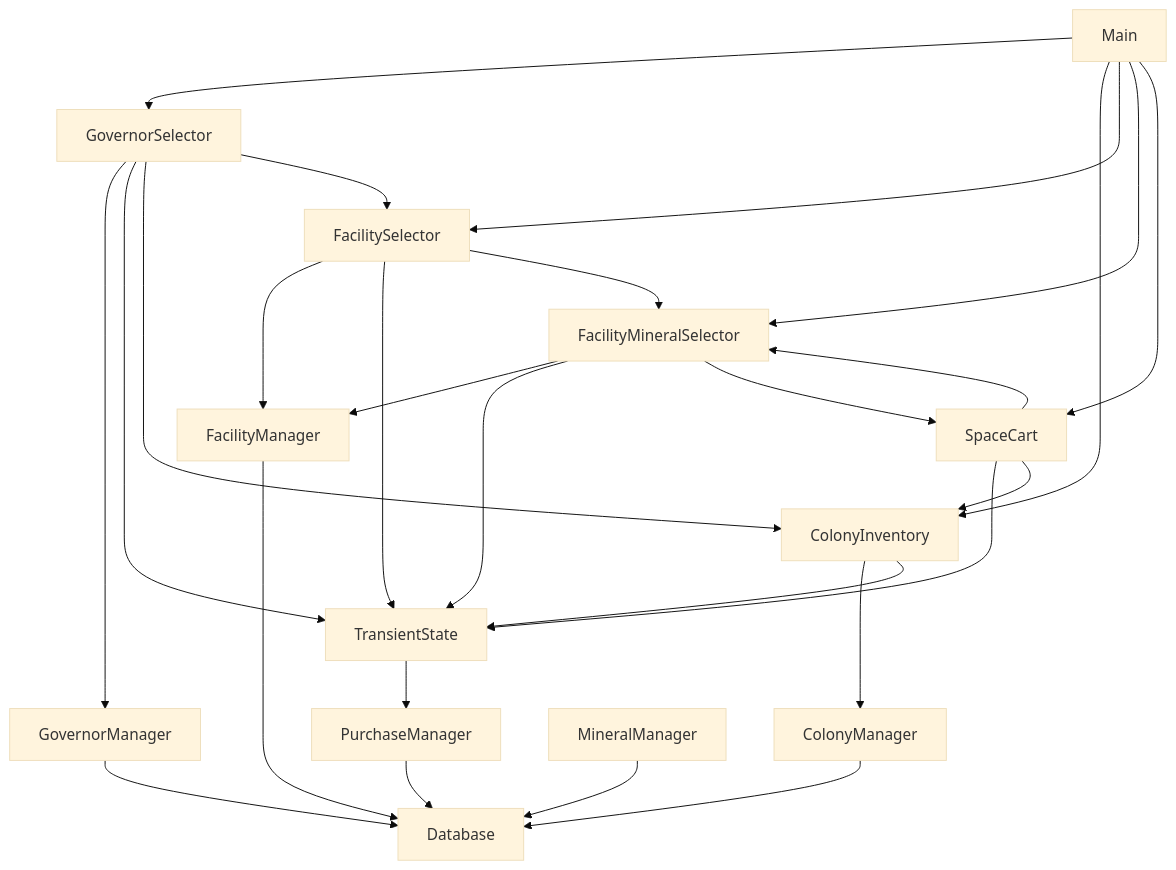
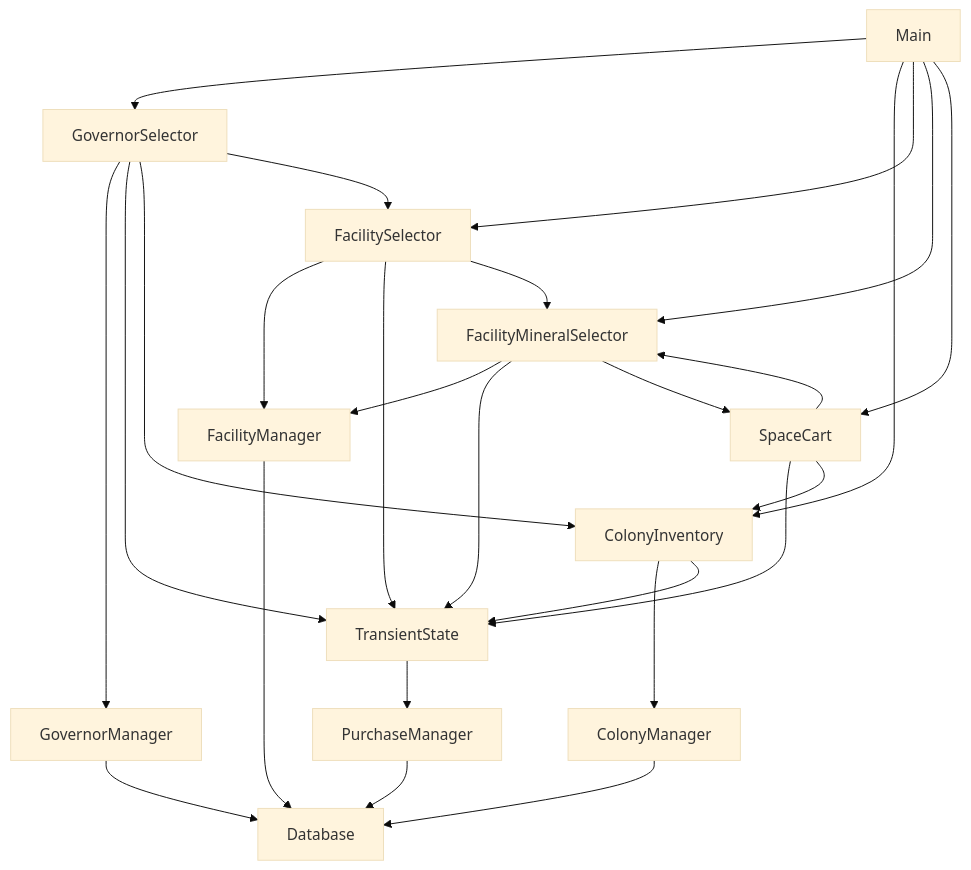
One commit to NSS-Day-Cohort-79/Exomine-client-pibikj changed the diagram in dependencyGraph.md. Above: the diagram before and after it, drawn with Mermaid (base theme). The commit also changed 2 other files, not shown here.

Commit message:
database review

````diff
--- a/dependencyGraph.md
+++ b/dependencyGraph.md
@@ -1,32 +1,31 @@
 ```mermaid
 
 graph TD;
 
     Main-->GovernorSelector
     Main-->ColonyInventory
     Main-->FacilitySelector
     Main-->FacilityMineralSelector
     Main-->SpaceCart
     GovernorSelector-->GovernorManager
     GovernorSelector-->TransientState
     GovernorSelector-->ColonyInventory
     GovernorSelector-->FacilitySelector
     ColonyInventory-->ColonyManager
     ColonyInventory-->TransientState
     FacilitySelector-->FacilityManager
     FacilitySelector-->TransientState
     FacilitySelector-->FacilityMineralSelector
     FacilityMineralSelector-->FacilityManager
     FacilityMineralSelector-->TransientState
     FacilityMineralSelector-->SpaceCart
     SpaceCart-->TransientState
     SpaceCart-->FacilityMineralSelector
     SpaceCart-->ColonyInventory
     TransientState-->PurchaseManager
     GovernorManager-->Database
     ColonyManager-->Database
     FacilityManager-->Database
-    MineralManager-->Database
     PurchaseManager-->Database
     
 ```
````
